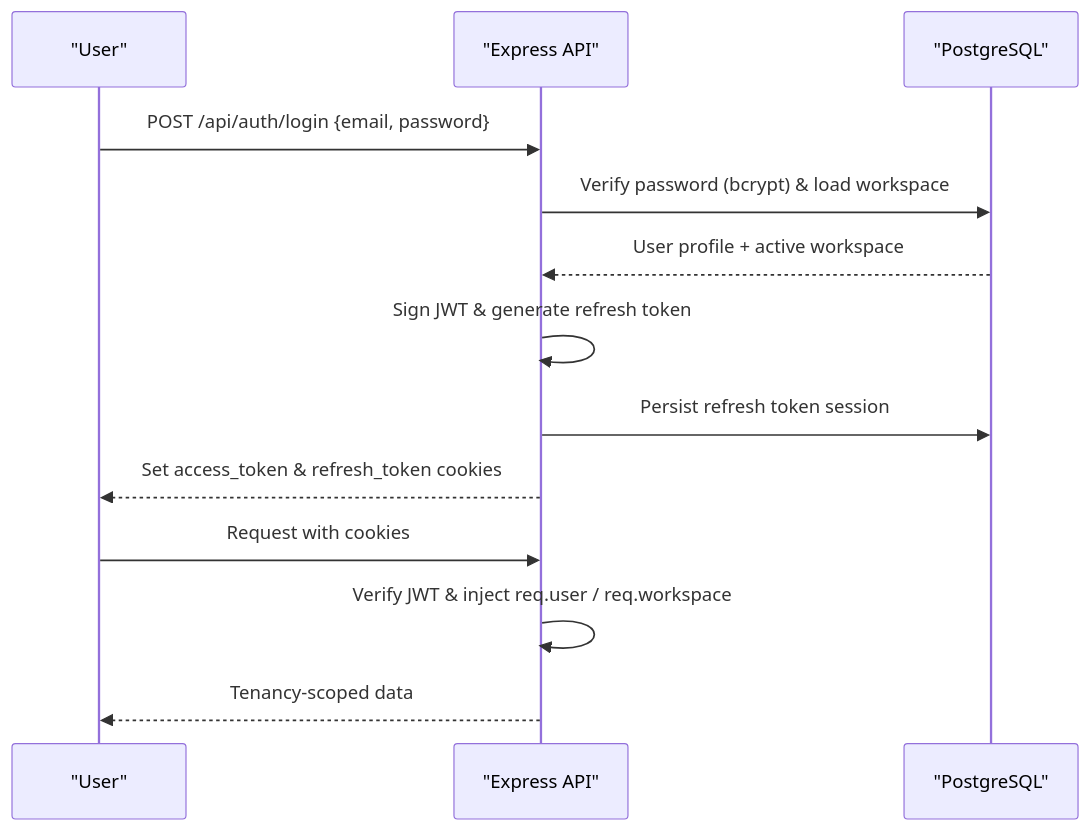
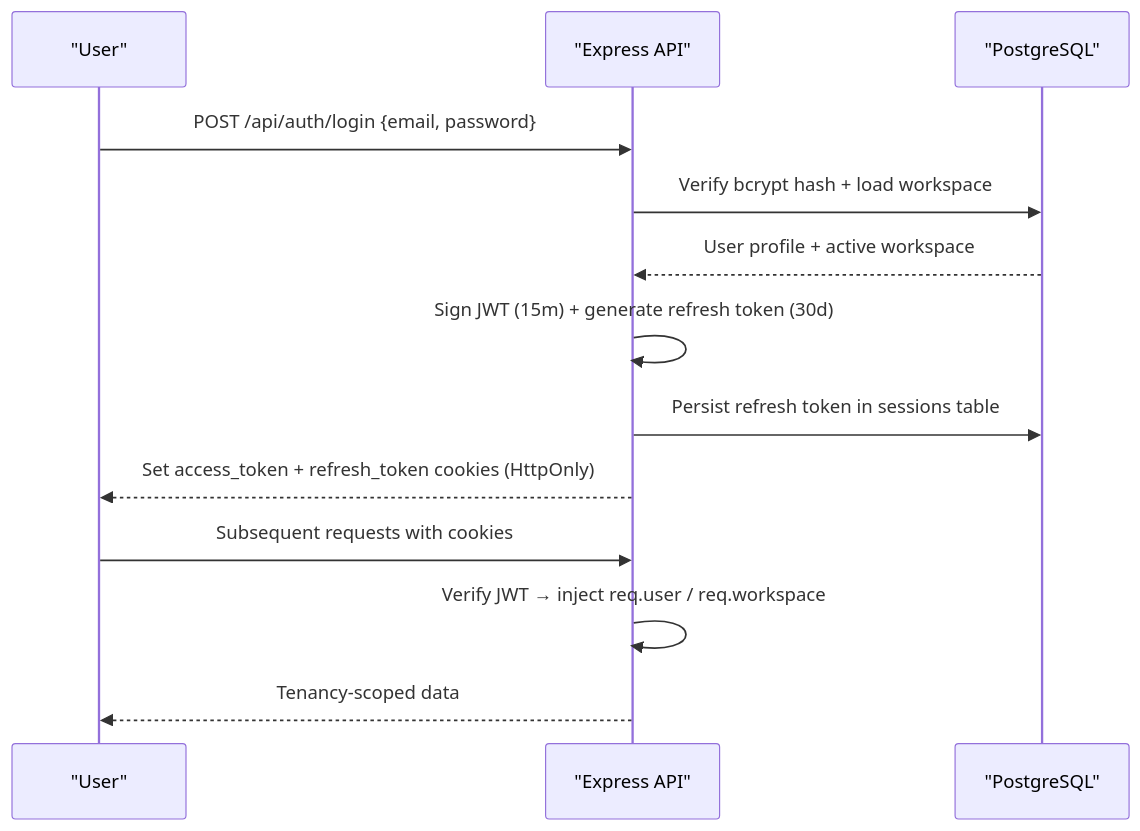
One commit to nitishssh/Class-mode changed the fourth of 5 diagrams in docs/code-wiki/content/Project Overview.md. Above: the diagram before and after it, drawn with Mermaid. The commit also changed other lines of this file and 18 other files, not shown here.

````diff
--- a/docs/code-wiki/content/Project Overview.md
+++ b/docs/code-wiki/content/Project Overview.md
@@ -249,15 +188,15 @@
 ```mermaid
 sequenceDiagram
 participant User as "User"
 participant API as "Express API"
 participant PG as "PostgreSQL"
 User->>API : POST /api/auth/login {email, password}
-API->>PG : Verify password (bcrypt) & load workspace
+API->>PG : Verify bcrypt hash + load workspace
 PG-->>API : User profile + active workspace
-API->>API : Sign JWT & generate refresh token
-API->>PG : Persist refresh token session
-API-->>User : Set access_token & refresh_token cookies
-User->>API : Request with cookies
-API->>API : Verify JWT & inject req.user / req.workspace
+API->>API : Sign JWT (15m) + generate refresh token (30d)
+API->>PG : Persist refresh token in sessions table
+API-->>User : Set access_token + refresh_token cookies (HttpOnly)
+User->>API : Subsequent requests with cookies
+API->>API : Verify JWT → inject req.user / req.workspace
 API-->>User : Tenancy-scoped data
 ```
````
